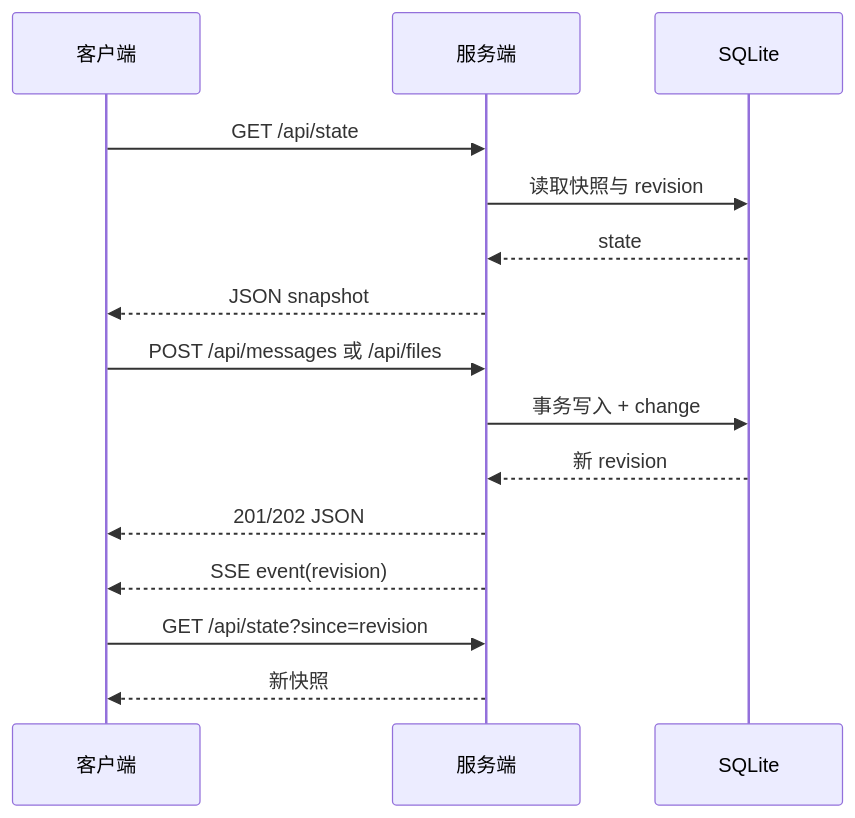
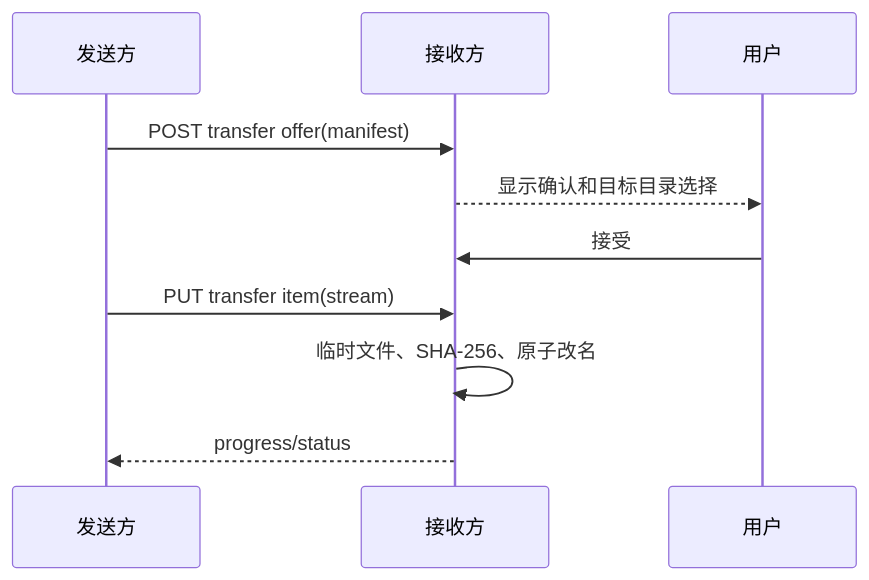
The third of 3 diagrams in docs/ARCHITECTURE_MAP.md (yangjinming1062/MeshShare), drawn with Mermaid before and after one commit. The commit also changed other lines of this file and 44 other files, not shown here.

````diff
--- a/docs/ARCHITECTURE_MAP.md
+++ b/docs/ARCHITECTURE_MAP.md
@@ -18,17 +30,11 @@
 ```mermaid
 sequenceDiagram
-  participant C as 客户端
-  participant S as 服务端
-  participant DB as SQLite
-  C->>S: GET /api/state
-  S->>DB: 读取快照与 revision
-  DB-->>S: state
-  S-->>C: JSON snapshot
-  C->>S: POST /api/messages 或 /api/files
-  S->>DB: 事务写入 + change
-  DB-->>S: 新 revision
-  S-->>C: 201/202 JSON
-  S-->>C: SSE event(revision)
-  C->>S: GET /api/state?since=revision
-  S-->>C: 新快照
+  participant S as 发送方
+  participant R as 接收方
+  S->>R: POST transfer offer(manifest)
+  R-->>用户: 显示确认和目标目录选择
+  用户->>R: 接受
+  S->>R: PUT transfer item(stream)
+  R->>R: 临时文件、SHA-256、原子改名
+  R-->>S: progress/status
 ```
````
